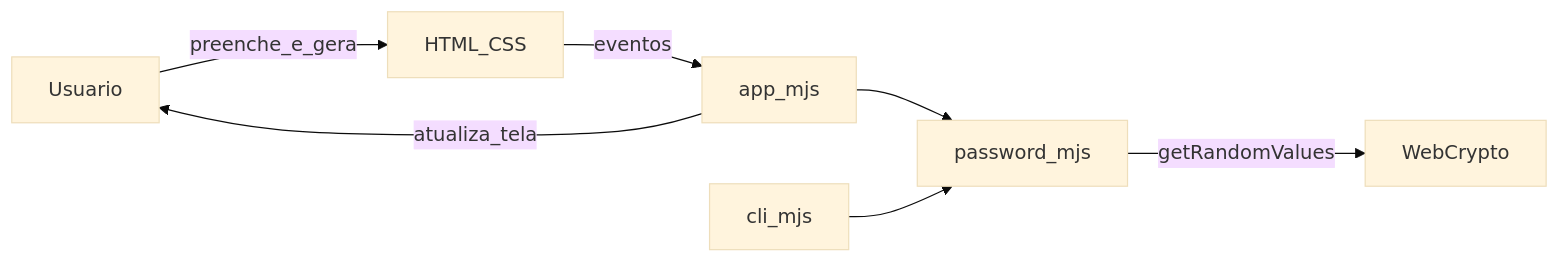
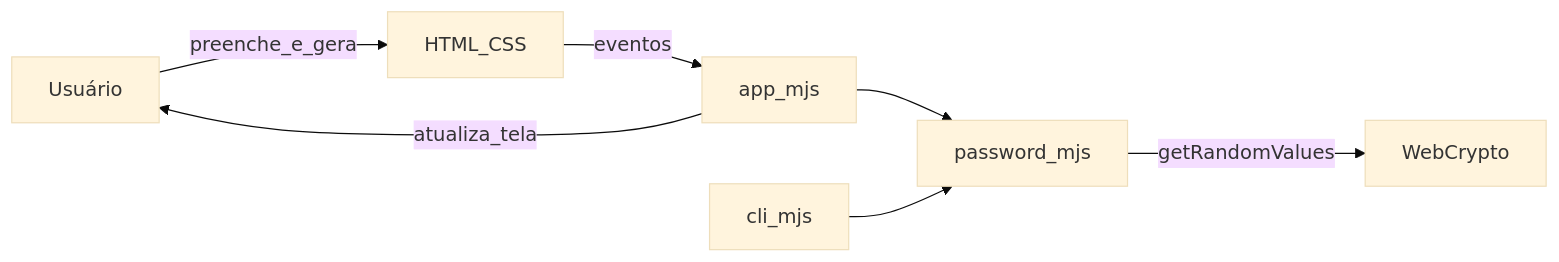
The diagram in GUIA_DE_EXECUCAO.md (FernandoAlemar/password_generator_IA), drawn with Mermaid (base theme) before and after one commit. The commit also changed other lines of this file and 2 other files, not shown here.

````diff
--- a/GUIA_DE_EXECUCAO.md
+++ b/GUIA_DE_EXECUCAO.md
@@ -82,15 +82,15 @@
 ```mermaid
 flowchart LR
-  User[Usuario]
+  User[Usuário]
   UI[HTML_CSS]
   App[app_mjs]
   Lib[password_mjs]
   Cli[cli_mjs]
   RNG[WebCrypto]
   User -->|preenche_e_gera| UI
   UI -->|eventos| App
   App --> Lib
   Cli --> Lib
   Lib -->|getRandomValues| RNG
   App -->|atualiza_tela| User
 ```
````
